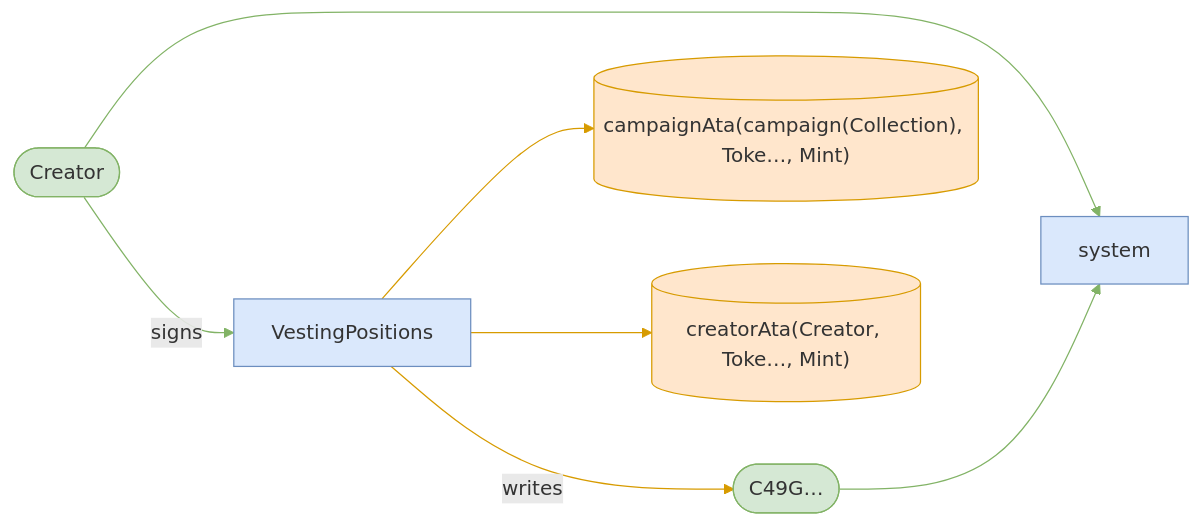
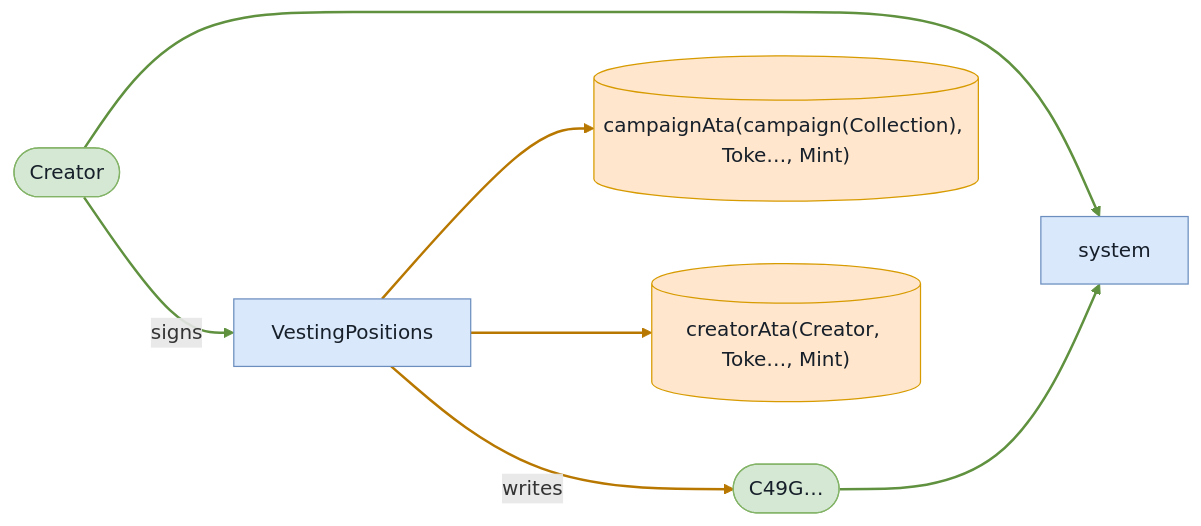
The fifth of 6 diagrams in babelfish-tests/test-report/clawback_unclaimed_before_grace_fails.md (cds-turbin3/vesting-position), drawn with Mermaid before and after one commit. The commit also changed other lines of this file and 106 other files, not shown here.

````diff
--- a/babelfish-tests/test-report/clawback_unclaimed_before_grace_fails.md
+++ b/babelfish-tests/test-report/clawback_unclaimed_before_grace_fails.md
@@ -223,20 +222,20 @@
 ```mermaid
 flowchart LR
     VestingPositions["VestingPositions"]:::program
     Creator(["Creator"]):::signer
     C49G(["C49G…"]):::signer
     campaignAtacampaignCollectionTokeMint[("campaignAta(campaign(Collection), Toke…, Mint)")]:::state
     creatorAtaCreatorTokeMint[("creatorAta(Creator, Toke…, Mint)")]:::state
     system["system"]:::program
     Creator -->|signs| VestingPositions
     VestingPositions -->|writes| C49G
     VestingPositions --> campaignAtacampaignCollectionTokeMint
     VestingPositions --> creatorAtaCreatorTokeMint
     Creator --> system
     C49G --> system
-    classDef program fill:#dae8fc,stroke:#6c8ebf;
-    classDef signer fill:#d5e8d4,stroke:#82b366;
-    classDef state fill:#ffe6cc,stroke:#d79b00;
-    linkStyle 0,4,5 stroke:#82b366
-    linkStyle 1,2,3 stroke:#d79b00
+    classDef program fill:#dae8fc,stroke:#6c8ebf,color:#17202a;
+    classDef signer fill:#d5e8d4,stroke:#82b366,color:#17202a;
+    classDef state fill:#ffe6cc,stroke:#d79b00,color:#17202a;
+    linkStyle 0,4,5 stroke:#5f913f,stroke-width:2px
+    linkStyle 1,2,3 stroke:#b87800,stroke-width:2px
 ```
````
